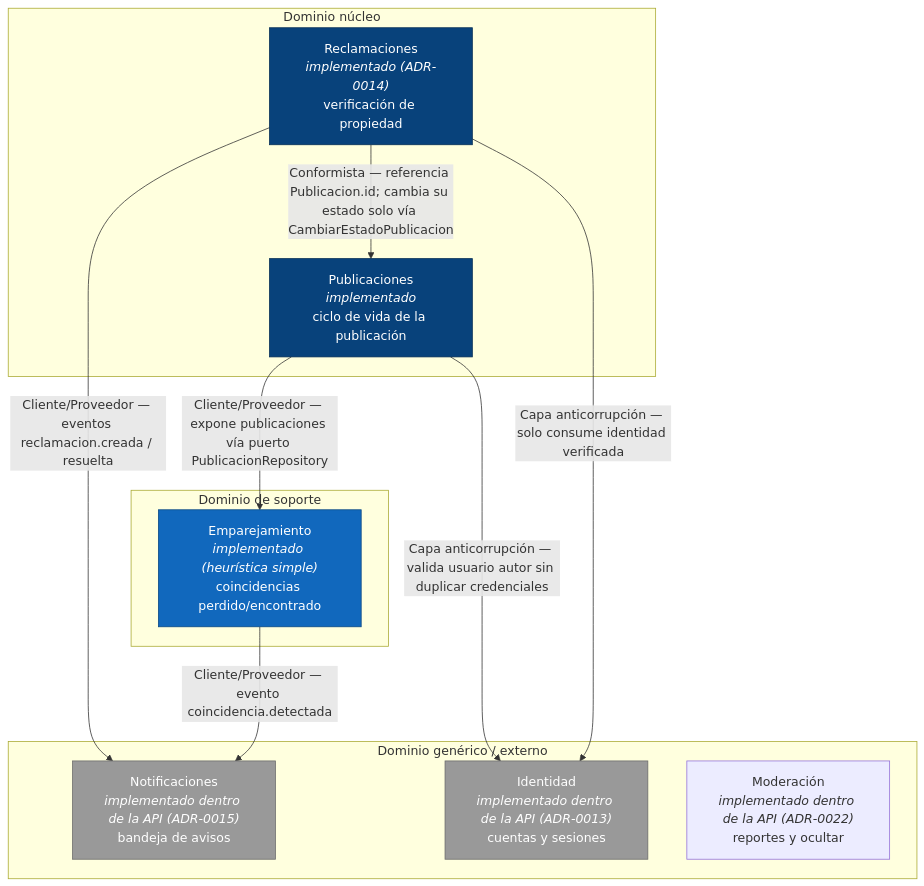
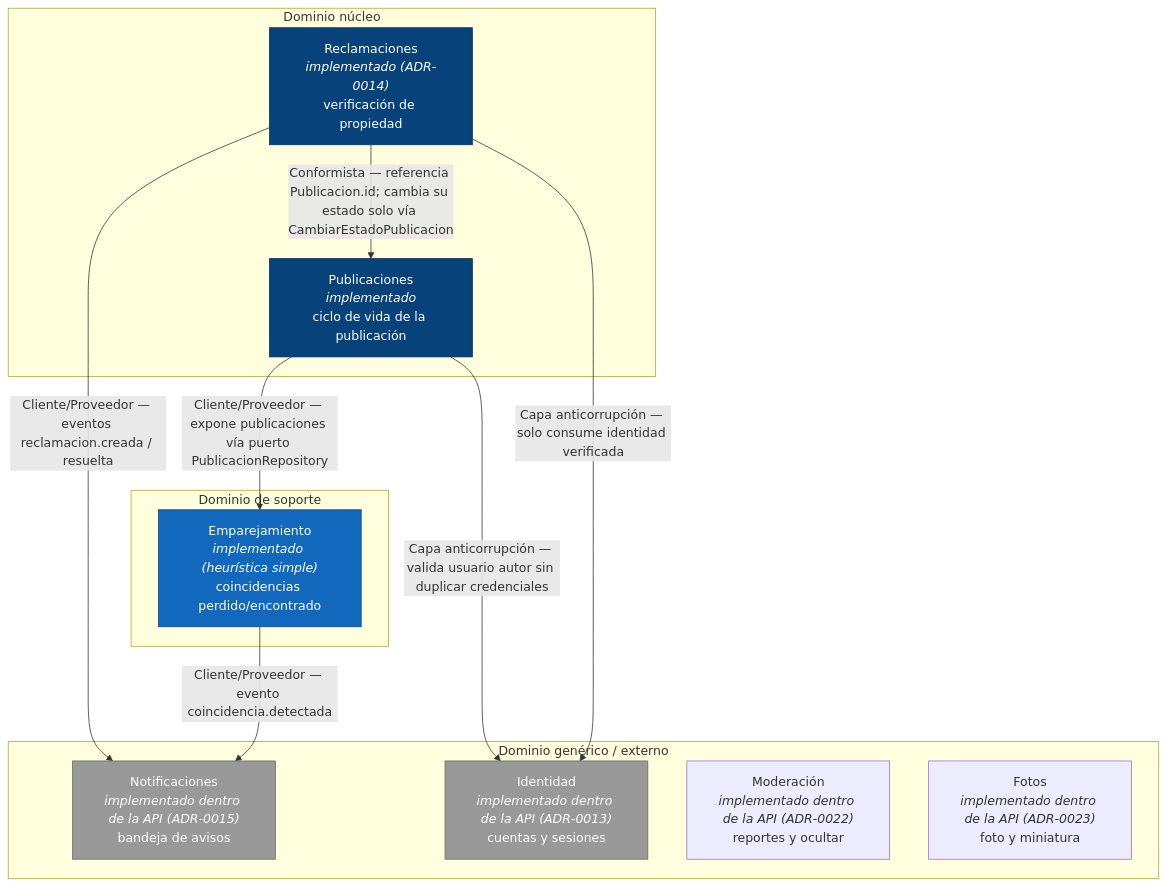
The diagram in docs/context-map.md (ISCOUTB/AS_202620_Recobra), drawn with Mermaid before and after one commit. The commit also changed other lines of this file and 47 other files, not shown here.

First line of the commit message:
Fotos con privacidad (ADR-0023, contrato 5.2.0)

````diff
--- a/docs/context-map.md
+++ b/docs/context-map.md
@@ -12,32 +12,33 @@
 ```mermaid
 flowchart TB
     subgraph nucleo["Dominio núcleo"]
         PUB["Publicaciones<br/><i>implementado</i><br/>ciclo de vida de la publicación"]
         REC["Reclamaciones<br/><i>implementado (ADR-0014)</i><br/>verificación de propiedad"]
     end
 
     subgraph soporte["Dominio de soporte"]
         MATCH["Emparejamiento<br/><i>implementado (heurística simple)</i><br/>coincidencias perdido/encontrado"]
     end
 
     subgraph generico["Dominio genérico / externo"]
         NOTIF["Notificaciones<br/><i>implementado dentro de la API (ADR-0015)</i><br/>bandeja de avisos"]
         AUTH["Identidad<br/><i>implementado dentro de la API (ADR-0013)</i><br/>cuentas y sesiones"]
         MOD["Moderación<br/><i>implementado dentro de la API (ADR-0022)</i><br/>reportes y ocultar"]
+        FOTOS["Fotos<br/><i>implementado dentro de la API (ADR-0023)</i><br/>foto y miniatura"]
     end
 
     PUB -->|"Cliente/Proveedor — expone publicaciones vía puerto PublicacionRepository"| MATCH
     MATCH -->|"Cliente/Proveedor — evento coincidencia.detectada"| NOTIF
     REC -->|"Cliente/Proveedor — eventos reclamacion.creada / resuelta"| NOTIF
     REC -->|"Conformista — referencia Publicacion.id; cambia su estado solo vía CambiarEstadoPublicacion"| PUB
     REC -->|"Capa anticorrupción — solo consume identidad verificada"| AUTH
     PUB -->|"Capa anticorrupción — valida usuario autor sin duplicar credenciales"| AUTH
 
     classDef nucleo fill:#08427b,color:#fff,stroke:#052e56;
     classDef soporte fill:#1168bd,color:#fff,stroke:#0b4884;
     classDef externo fill:#999999,color:#fff,stroke:#6b6b6b;
 
     class PUB,REC nucleo;
     class MATCH soporte;
     class NOTIF,AUTH externo;
 ```
````
